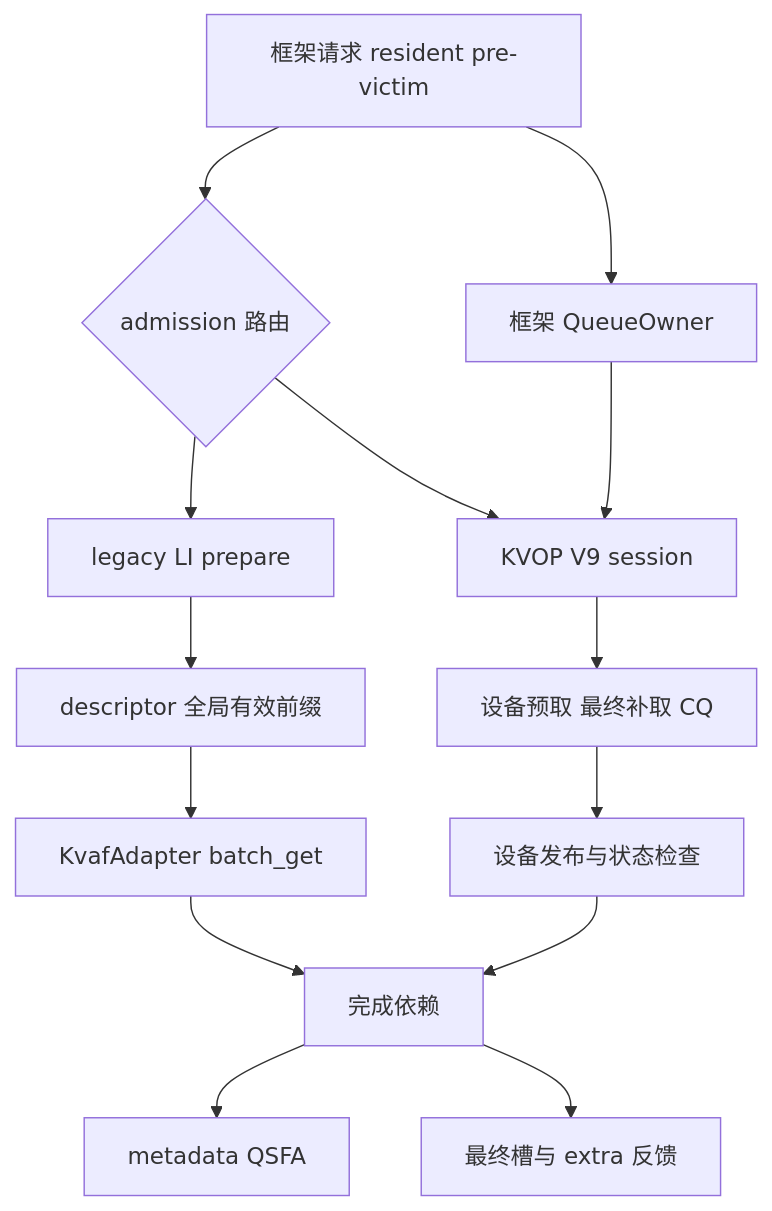
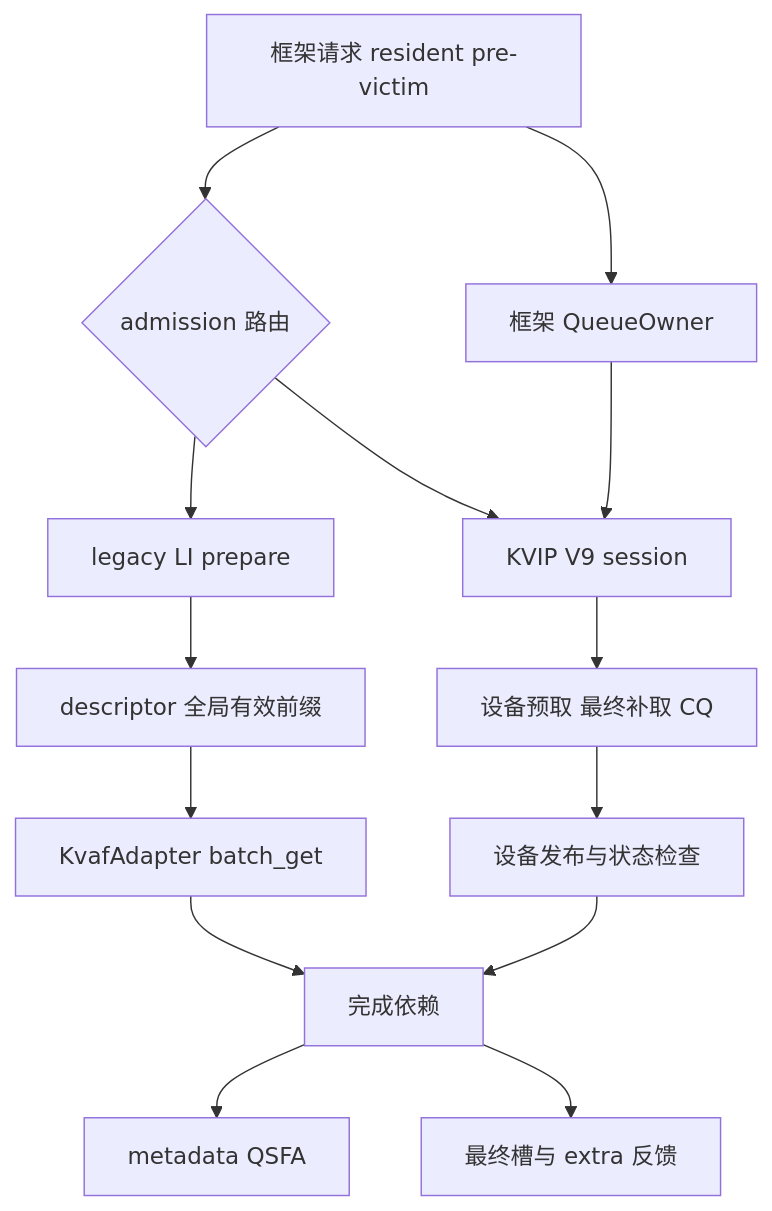
One commit to zxdgongjue-spec/KVIP changed the first of 3 diagrams in docs/design_reference/契约链设计与扩展性分析.md. Above: the diagram before and after it, drawn with Mermaid. The commit also changed other lines of this file and 74 other files, not shown here.

````diff
--- a/docs/design_reference/契约链设计与扩展性分析.md
+++ b/docs/design_reference/契约链设计与扩展性分析.md
@@ -12,16 +12,16 @@
 ```mermaid
 flowchart TD
   F[框架请求 resident pre-victim] --> A{admission 路由}
   A --> L[legacy LI prepare]
   L --> D[descriptor 全局有效前缀]
   D --> K[KvafAdapter batch_get]
   K --> C[完成依赖]
-  A --> V[KVOP V9 session]
+  A --> V[KVIP V9 session]
   F --> O[框架 QueueOwner]
   O --> V
   V --> T[设备预取 最终补取 CQ]
   T --> P[设备发布与状态检查]
   P --> C
   C --> S[metadata QSFA]
   C --> R[最终槽与 extra 反馈]
 ```
````
